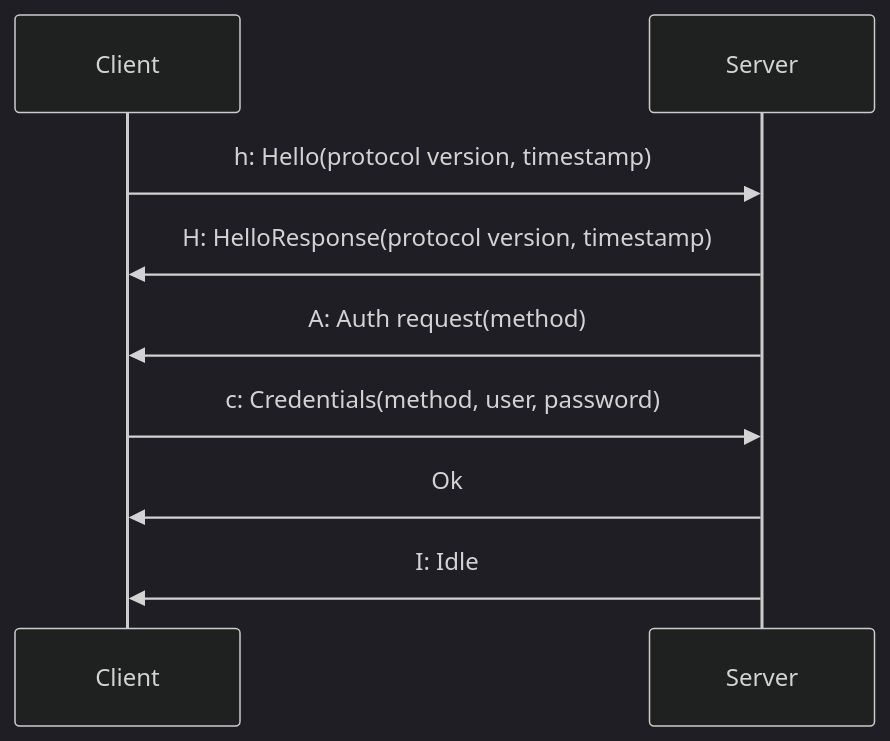
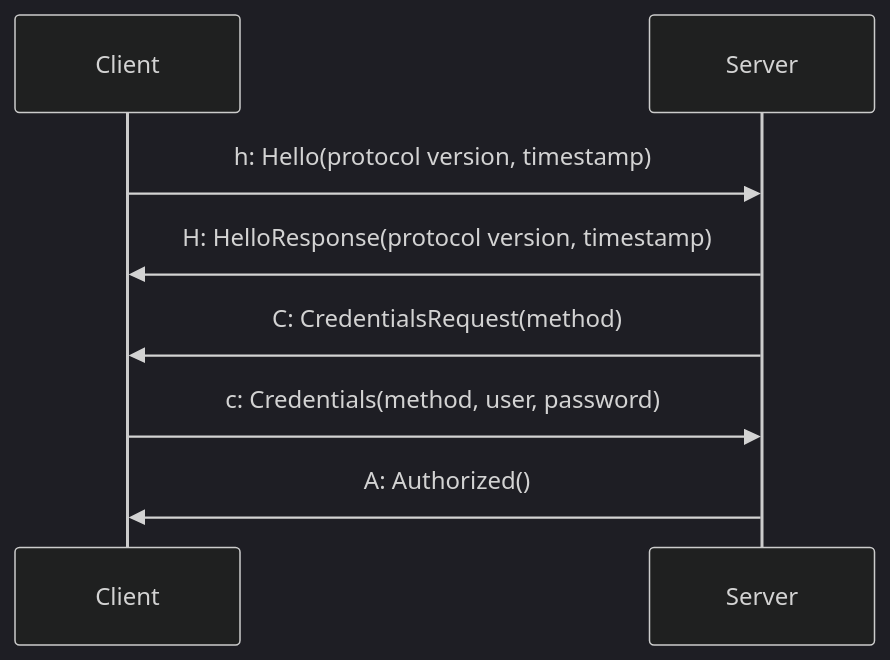
One commit to rusexpertiza-llc/yupana changed the diagram in docs/mdoc/protocol/connect.md. Above: the diagram before and after it, drawn with Mermaid (dark theme). The commit also changed other lines of this file and 15 other files, not shown here.

````diff
--- a/docs/mdoc/protocol/connect.md
+++ b/docs/mdoc/protocol/connect.md
@@ -6,12 +10,11 @@
 ```mermaid
 sequenceDiagram
     participant C as Client
     participant S as Server
 
     C->>S: h: Hello(protocol version, timestamp)
     S->>C: H: HelloResponse(protocol version, timestamp)
-    S->>C: A: Auth request(method)
+    S->>C: С: CredentialsRequest(method)
     C->>S: c: Credentials(method, user, password)
-    S->>C: Ok
-    S->>C: I: Idle
+    S->>C: A: Authorized()
 ```
````
